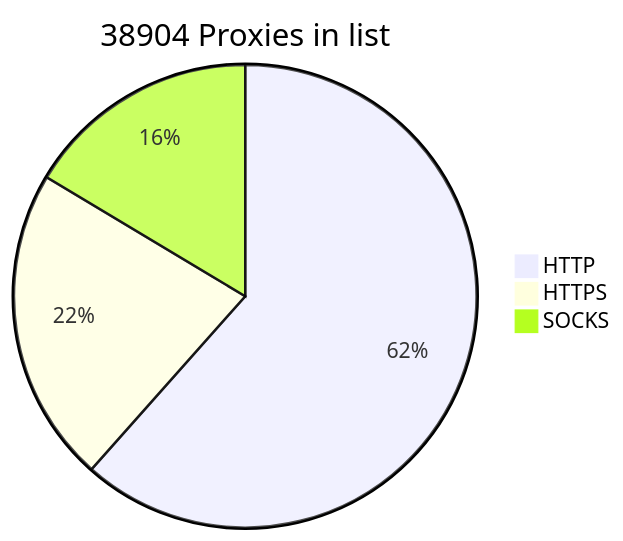
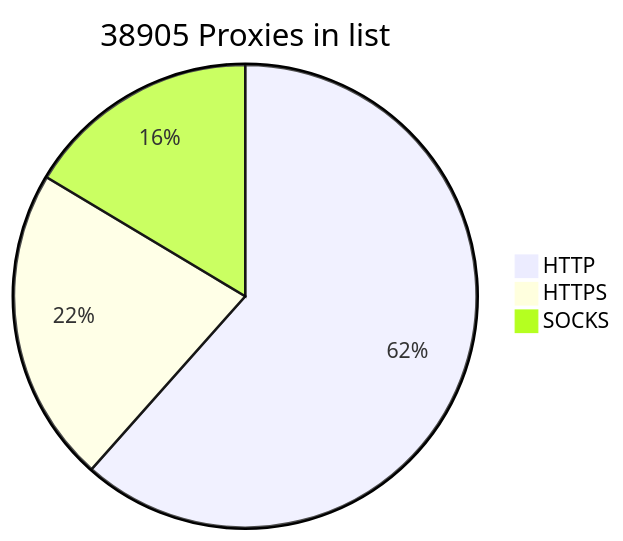
Before and after one commit to BlackSnowDot/proxylist-update-every-minute: the diagram in README.md, drawn with Mermaid.

````diff
--- a/README.md
+++ b/README.md
@@ -2,6 +2,6 @@
 ```mermaid
-pie title 38904 Proxies in list
+pie title 38905 Proxies in list
     "HTTP" : 28159
     "HTTPS": 10077
-    "SOCKS" : 7506
+    "SOCKS" : 7507
 ```
````
